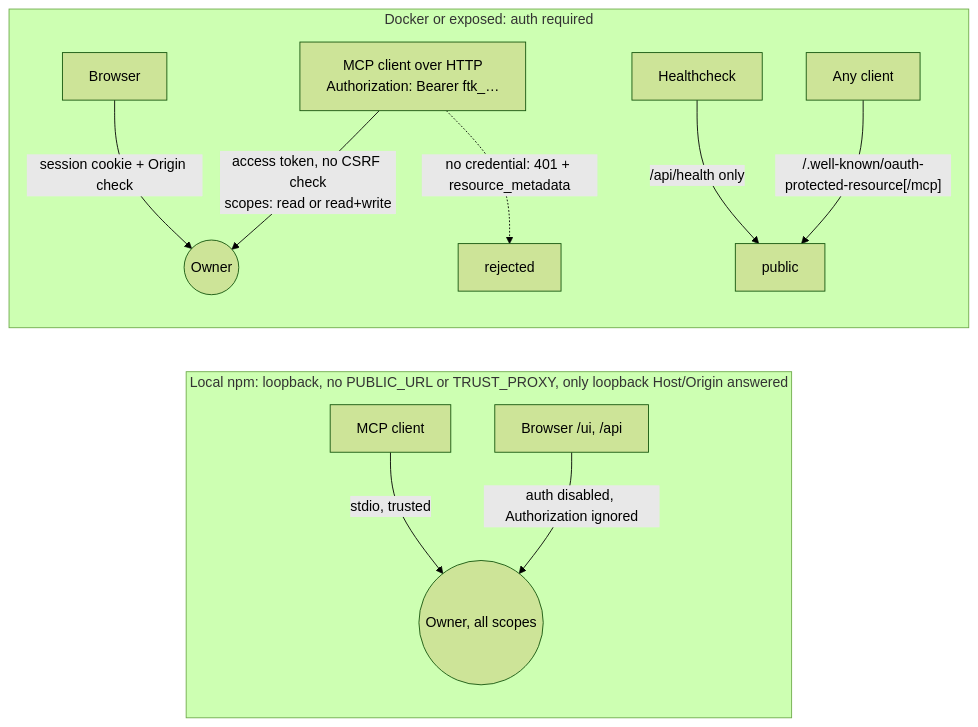
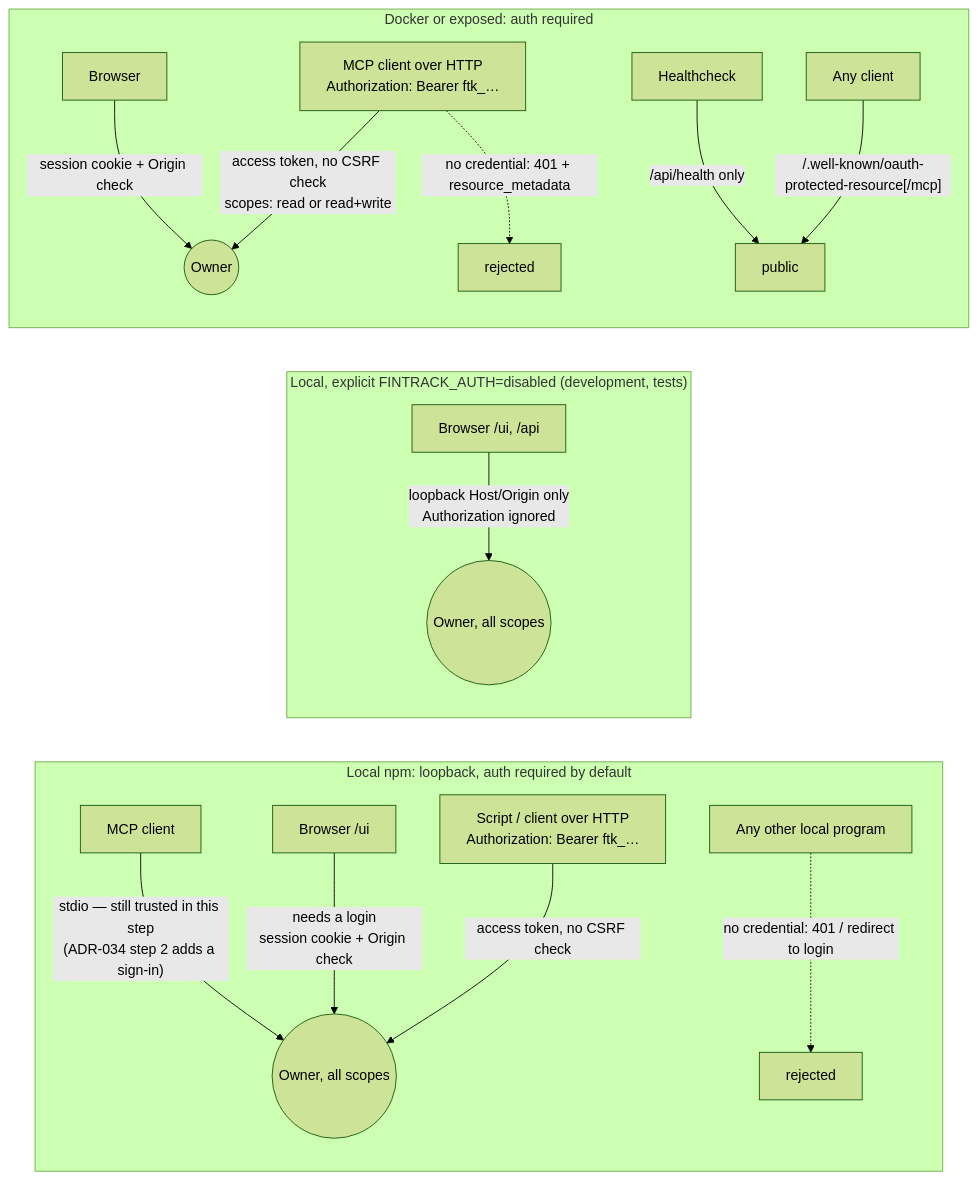
The tenth of 11 diagrams in docs/auth-flows.md (RafaelFCarneiro/patty), drawn with Mermaid (forest theme) before and after one commit. The commit also changed other lines of this file and 51 other files, not shown here.

First line of the commit message:
feat(auth): authentication by default, terminal owner claim and password reset (ADR-034 step 1) (#215)

````diff
--- a/docs/auth-flows.md
+++ b/docs/auth-flows.md
@@ -272,14 +340,19 @@
 ```mermaid
 flowchart LR
-    subgraph L1["Local npm: loopback, no PUBLIC_URL or TRUST_PROXY, only loopback Host/Origin answered"]
-      S1[MCP client] -- stdio, trusted --> O1((Owner, all scopes))
-      B1[Browser /ui, /api] -- auth disabled, Authorization ignored --> O1
+    subgraph L1["Local npm: loopback, auth required by default"]
+      S1[MCP client] -- "stdio — still trusted in this step<br/>(ADR-034 step 2 adds a sign-in)" --> O1((Owner, all scopes))
+      B1[Browser /ui] -- "needs a login<br/>session cookie + Origin check" --> O1
+      C1["Script / client over HTTP<br/>Authorization: Bearer ftk_…"] -- "access token, no CSRF check" --> O1
+      P1[Any other local program] -. "no credential: 401 / redirect to login" .-> X1[rejected]
+    end
+    subgraph L1D["Local, explicit FINTRACK_AUTH=disabled (development, tests)"]
+      B1D[Browser /ui, /api] -- "loopback Host/Origin only<br/>Authorization ignored" --> O1D((Owner, all scopes))
     end
     subgraph L2["Docker or exposed: auth required"]
       B2[Browser] -- session cookie + Origin check --> O2((Owner))
       M2["MCP client over HTTP<br/>Authorization: Bearer ftk_…"] -- "access token, no CSRF check<br/>scopes: read or read+write" --> O2
       M2 -. "no credential: 401 + resource_metadata" .-> X2[rejected]
       H2[Healthcheck] -- /api/health only --> P2[public]
       W2[Any client] -- "/.well-known/oauth-protected-resource[/mcp]" --> P2
     end
 ```
````
